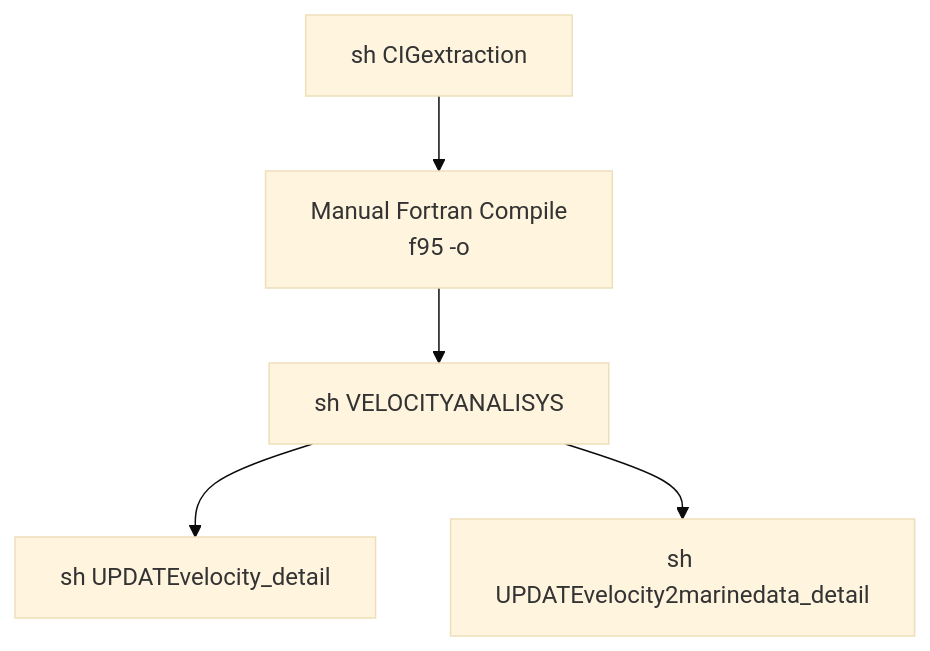
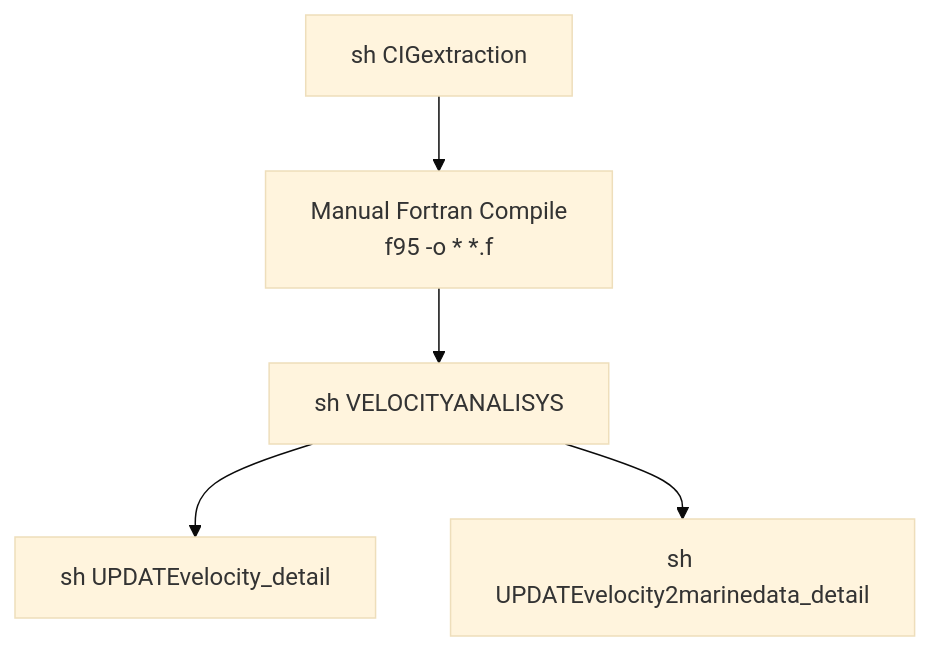
The first of 2 diagrams in Velocity_Analysis&Update_TRAD/Readme-updated_info.md (Dai411/ISTRICI-tools), drawn with Mermaid (base theme) before and after one commit.

````diff
--- a/Velocity_Analysis&Update_TRAD/Readme-updated_info.md
+++ b/Velocity_Analysis&Update_TRAD/Readme-updated_info.md
@@ -165,7 +165,7 @@
 ```mermaid
 graph TD
-    A[sh CIGextraction] --> B[Manual Fortran Compile \n f95 -o]
+    A[sh CIGextraction] --> B[Manual Fortran Compile \n f95 -o * *.f]
     B --> C[sh VELOCITYANALISYS]
     C --> D[sh UPDATEvelocity_detail]
     C --> E[sh UPDATEvelocity2marinedata_detail]
 ```
````
